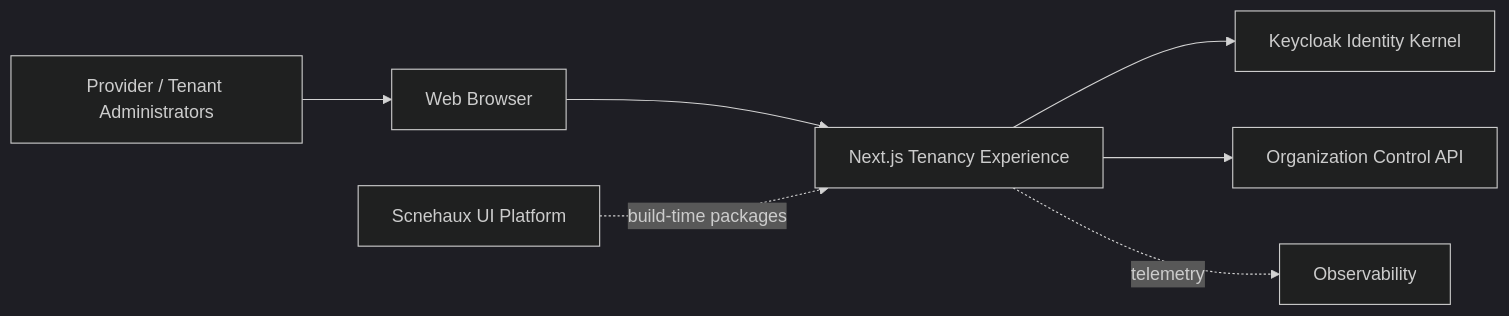
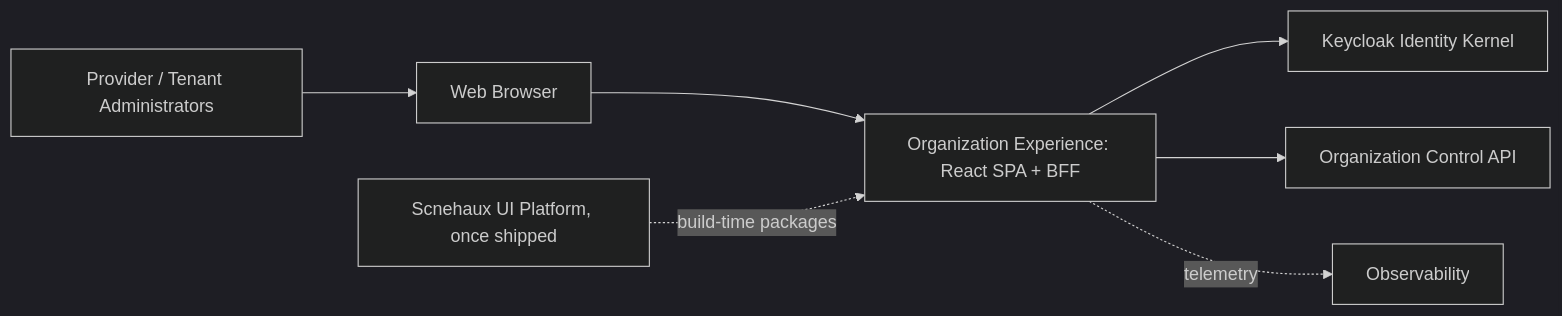
Before and after one commit to anshacerbia2/scnehaux-architecture: the first of 7 diagrams in 04-system/scnehaux-organization/scnehaux-organization-experience.sad.md, drawn with Mermaid (dark theme). The commit also changed other lines of this file, not shown here.

First line of the commit message:
SAD-012 1.1.0: Organization Experience on Vite with the identity BFF

````diff
--- a/04-system/scnehaux-organization/scnehaux-organization-experience.sad.md
+++ b/04-system/scnehaux-organization/scnehaux-organization-experience.sad.md
@@ -92,17 +92,17 @@
 ```mermaid
 graph LR
     ADMIN[Provider / Tenant Administrators]
     BROWSER[Web Browser]
-    APP[Next.js Tenancy Experience]
+    APP[Organization Experience: React SPA + BFF]
     KEYCLOAK[Keycloak Identity Kernel]
     CONTROL[Organization Control API]
-    UI[Scnehaux UI Platform]
+    UI[Scnehaux UI Platform, once shipped]
     OBS[Observability]
 
     ADMIN --> BROWSER
     BROWSER --> APP
     APP --> KEYCLOAK
     APP --> CONTROL
     UI -. build-time packages .-> APP
     APP -. telemetry .-> OBS
 ```
````
